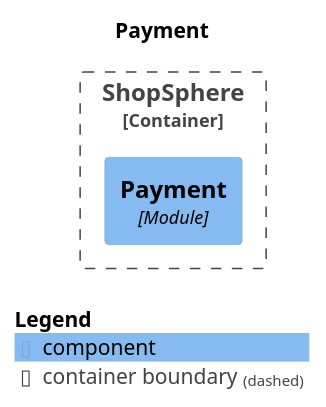
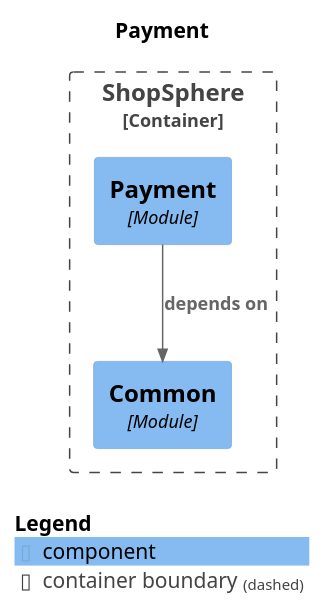
Before and after one commit to Poojithvsc/shopsphere: the diagram in docs/modulith/module-payment.puml, drawn with PlantUML. The commit also changed 26 other files, not shown here.

```diff
--- a/docs/modulith/module-payment.puml
+++ b/docs/modulith/module-payment.puml
@@ -1,17 +1,19 @@
 @startuml
 set separator none
 title Payment
 
 top to bottom direction
 
 !include <C4/C4>
 !include <C4/C4_Context>
 !include <C4/C4_Component>
 
 Container_Boundary("ShopSphere.ShopSphere_boundary", "ShopSphere", $tags="") {
+  Component(ShopSphere.ShopSphere.Common, "Common", $techn="Module", $descr="", $tags="", $link="")
   Component(ShopSphere.ShopSphere.Payment, "Payment", $techn="Module", $descr="", $tags="", $link="")
 }
 
+Rel(ShopSphere.ShopSphere.Payment, ShopSphere.ShopSphere.Common, "depends on", $techn="", $tags="", $link="")
 
 SHOW_LEGEND(true)
 @enduml
```
